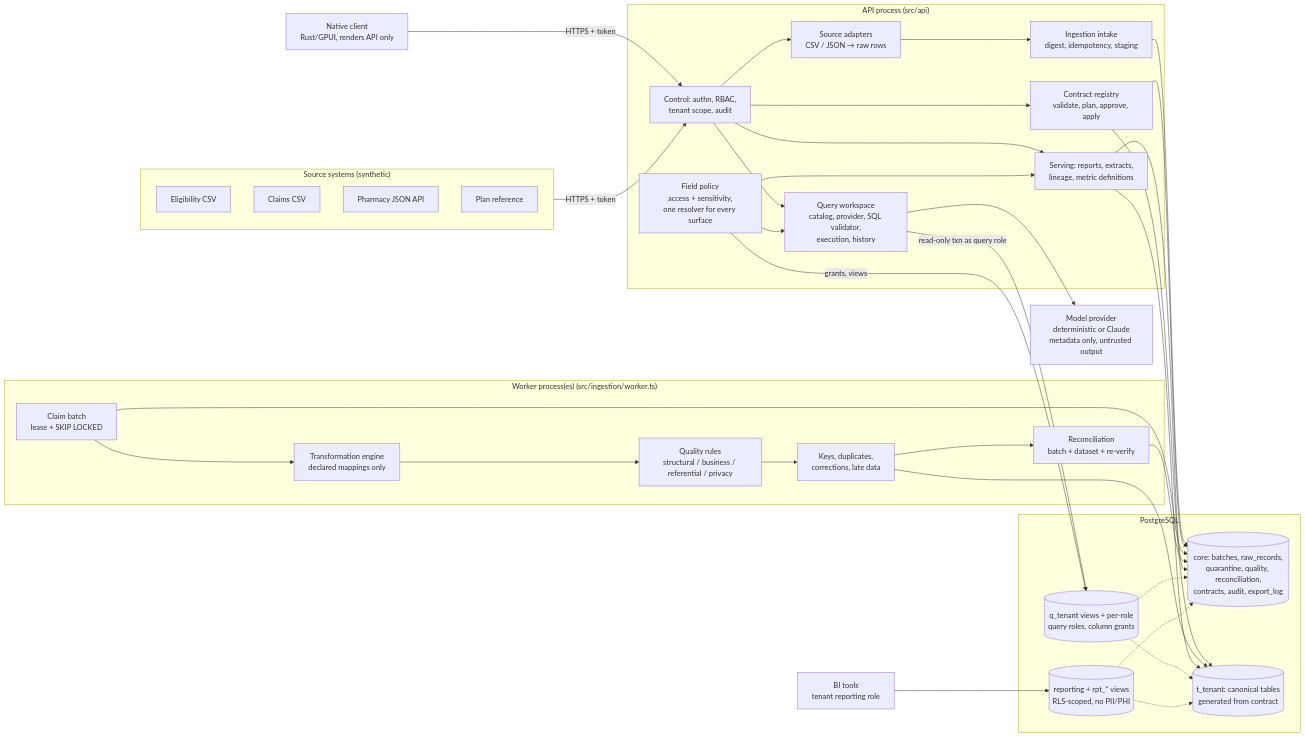
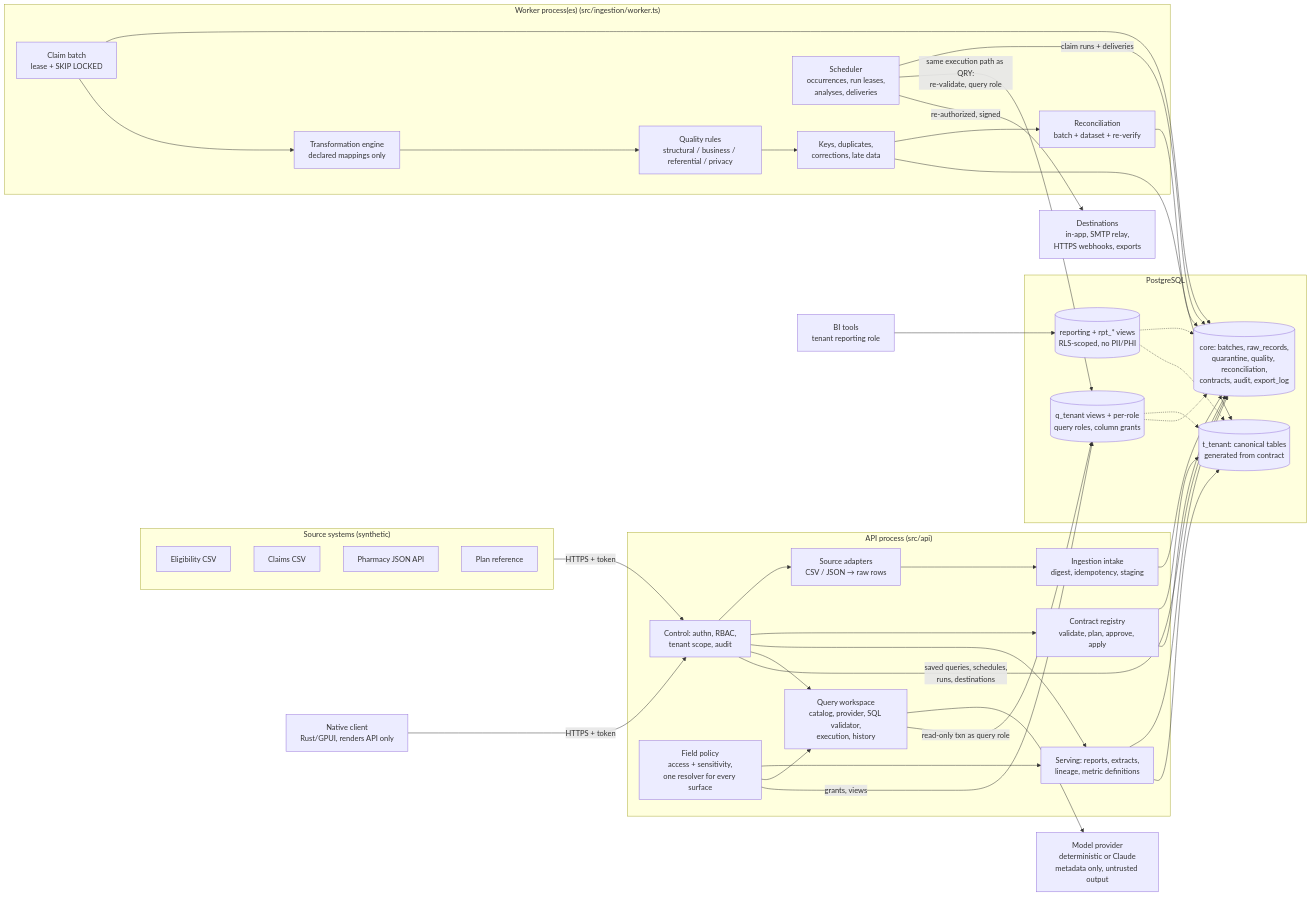
Before and after one commit to rkendel1/clearline: the diagram in docs/architecture.md, drawn with Mermaid. The commit also changed other lines of this file and 27 other files, not shown here.

````diff
--- a/docs/architecture.md
+++ b/docs/architecture.md
@@ -9,59 +9,65 @@
 ```mermaid
 flowchart LR
   subgraph Sources["Source systems (synthetic)"]
     S1[Eligibility CSV]
     S2[Claims CSV]
     S3[Pharmacy JSON API]
     S4[Plan reference]
   end
 
   subgraph API["API process (src/api)"]
     AUTH[Control: authn, RBAC,<br/>tenant scope, audit]
     ADAPT[Source adapters<br/>CSV / JSON → raw rows]
     INTAKE[Ingestion intake<br/>digest, idempotency, staging]
     REG[Contract registry<br/>validate, plan, approve, apply]
     SERVE[Serving: reports, extracts,<br/>lineage, metric definitions]
     QRY[Query workspace<br/>catalog, provider, SQL validator,<br/>execution, history]
     POL[Field policy<br/>access + sensitivity,<br/>one resolver for every surface]
   end
   LLM[Model provider<br/>deterministic or Claude<br/>metadata only, untrusted output]
 
   subgraph WORKER["Worker process(es) (src/ingestion/worker.ts)"]
     CLAIM[Claim batch<br/>lease + SKIP LOCKED]
     TRANS[Transformation engine<br/>declared mappings only]
     QUAL[Quality rules<br/>structural / business / referential / privacy]
     KEYS[Keys, duplicates,<br/>corrections, late data]
     RECON[Reconciliation<br/>batch + dataset + re-verify]
+    SCHED[Scheduler<br/>occurrences, run leases,<br/>analyses, deliveries]
   end
+  DEST[Destinations<br/>in-app, SMTP relay,<br/>HTTPS webhooks, exports]
 
   subgraph PG["PostgreSQL"]
     CORE[(core: batches, raw_records,<br/>quarantine, quality, reconciliation,<br/>contracts, audit, export_log)]
     TEN[(t_tenant: canonical tables<br/>generated from contract)]
     VIEWS[(reporting + rpt_* views<br/>RLS-scoped, no PII/PHI)]
     QV[(q_tenant views + per-role<br/>query roles, column grants)]
   end
 
   DASH[Native client<br/>Rust/GPUI, renders API only]
   BI[BI tools<br/>tenant reporting role]
 
   Sources -->|HTTPS + token| AUTH --> ADAPT --> INTAKE --> CORE
   AUTH --> REG --> TEN
   REG --> CORE
   CLAIM --> CORE
   CLAIM --> TRANS --> QUAL --> KEYS --> RECON
   KEYS --> TEN
   RECON --> CORE
   AUTH --> SERVE --> CORE
   SERVE --> TEN
   AUTH --> QRY --> LLM
   QRY -->|read-only txn as query role| QV
   QV -.-> TEN
   QV -.-> CORE
   POL --> SERVE
   POL --> QRY
   POL -->|grants, views| QV
+  AUTH -->|saved queries, schedules,<br/>runs, destinations| CORE
+  SCHED -->|claim runs + deliveries| CORE
+  SCHED -->|same execution path as QRY:<br/>re-validate, query role| QV
+  SCHED -->|re-authorized, signed| DEST
   DASH -->|HTTPS + token| AUTH
   BI --> VIEWS
   VIEWS -.-> CORE
   VIEWS -.-> TEN
 ```
````
